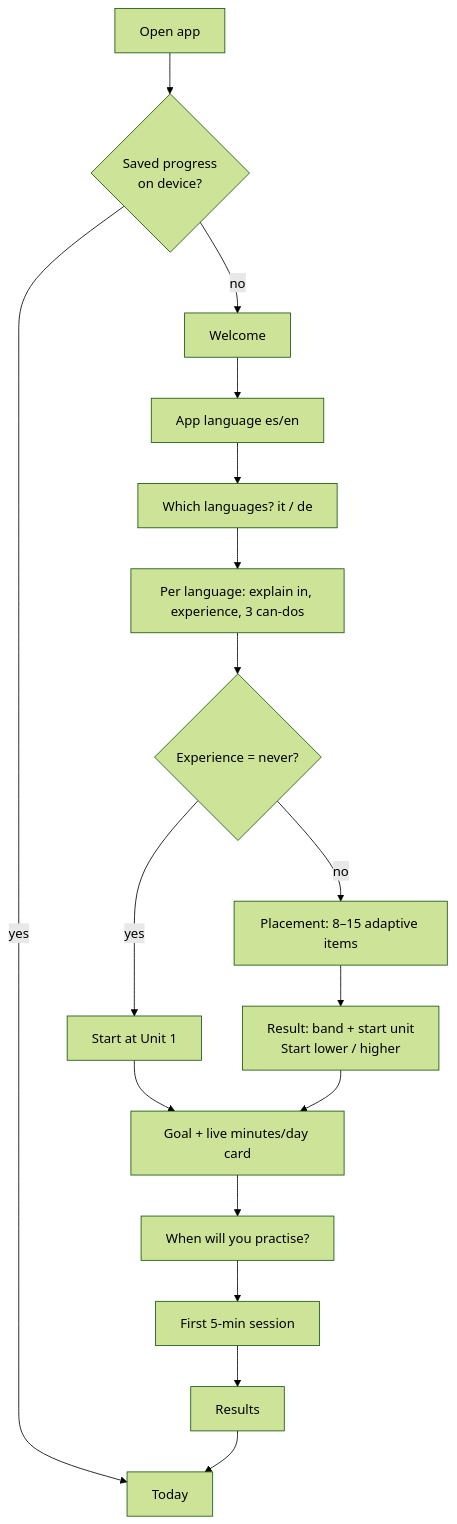
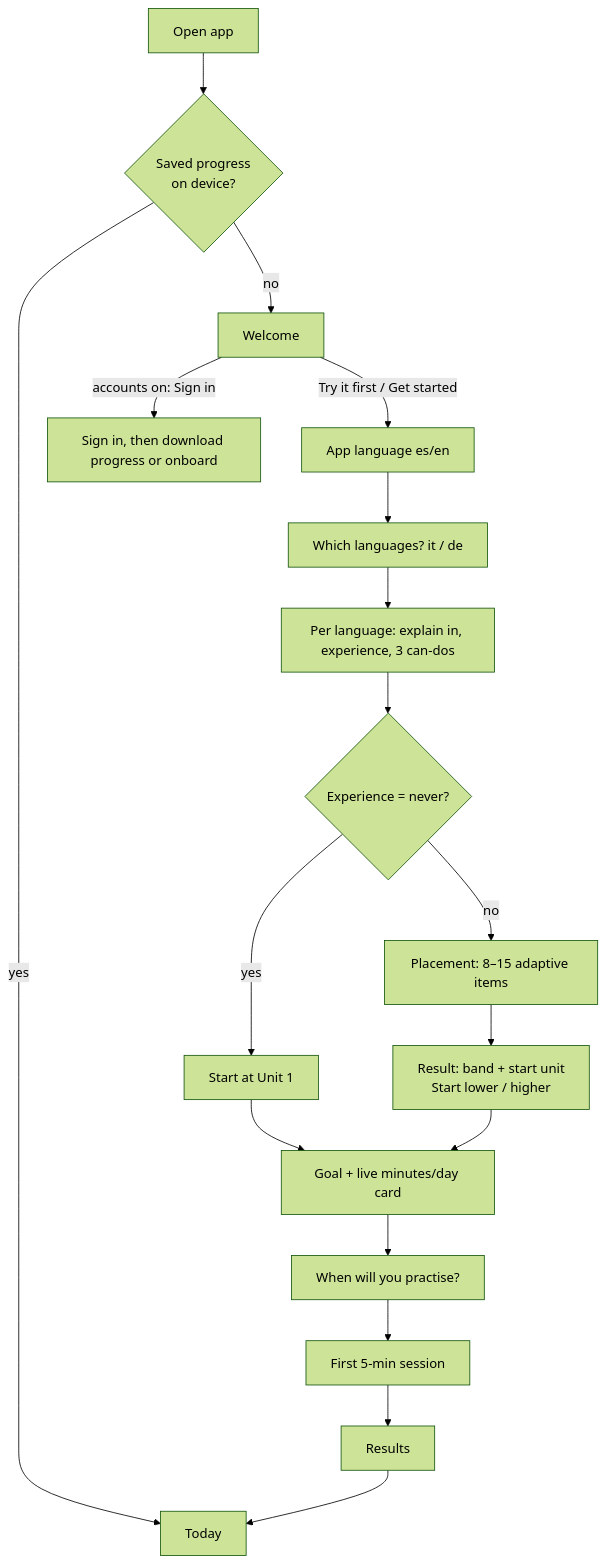
One commit to GabrielaCaballero/linguaapp changed the second of 7 diagrams in docs/product/04-flows.md. Above: the diagram before and after it, drawn with Mermaid (forest theme). The commit also changed 24 other files, not shown here.

First line of the commit message:
Server-first progress: answers kept in the account, phone keeps a 45-day cache; sign-in first

````diff
--- a/docs/product/04-flows.md
+++ b/docs/product/04-flows.md
@@ -26,17 +26,18 @@
 ```mermaid
 flowchart TD
   A[Open app] --> B{Saved progress<br/>on device?}
   B -- yes --> T[Today]
   B -- no --> W[Welcome]
-  W --> L[App language es/en]
+  W -- accounts on: Sign in --> SI[Sign in, then download progress or onboard]
+  W -- Try it first / Get started --> L[App language es/en]
   L --> C[Which languages? it / de]
   C --> E[Per language: explain in, experience, 3 can-dos]
   E --> X{Experience = never?}
   X -- yes --> U1[Start at Unit 1]
   X -- no --> P[Placement: 8–15 adaptive items]
   P --> R[Result: band + start unit<br/>Start lower / higher]
   U1 --> G[Goal + live minutes/day card]
   R --> G
   G --> AN[When will you practise?]
   AN --> S[First 5-min session] --> RES[Results] --> T
 ```
````
